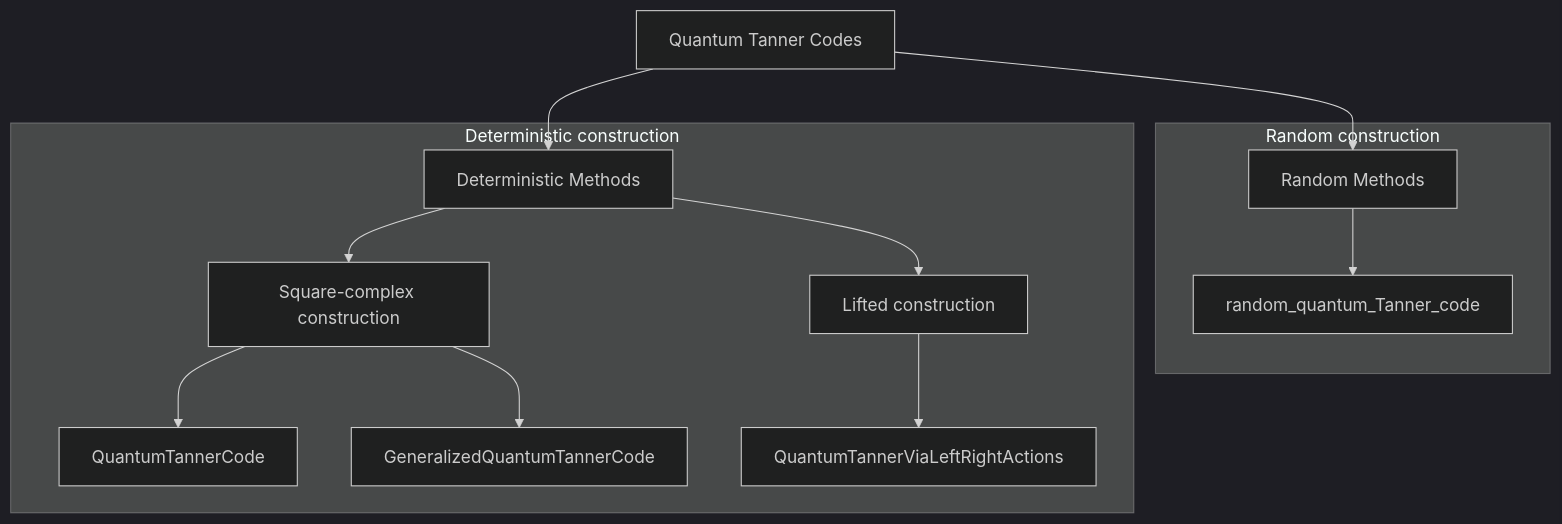
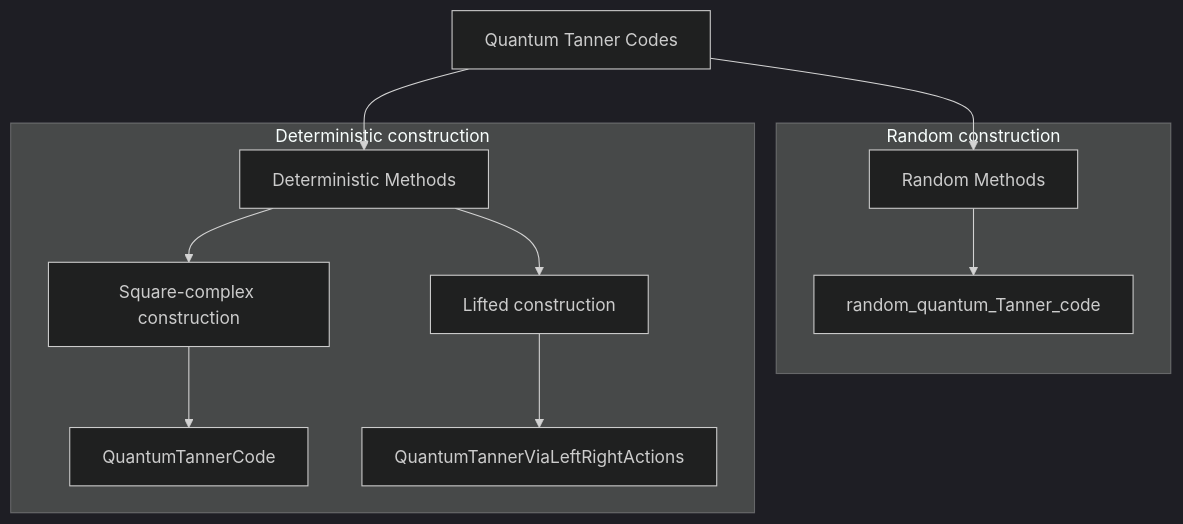
Before and after one commit to QuantumSavory/QuantumExpanders.jl: the diagram in README.md, drawn with Mermaid (dark theme). The commit also changed other lines of this file and 12 other files, not shown here.

````diff
--- a/README.md
+++ b/README.md
@@ -102,17 +56,16 @@
 ```mermaid
 graph TD
     QuantumTannerCodes["Quantum Tanner Codes"] --> RandomMethods["Random Methods"]
     QuantumTannerCodes --> DeterministicMethods["Deterministic Methods"]
 
     subgraph "Random construction"
         RandomMethods --> RandomQuantumTannerCode["`random_quantum_Tanner_code`"]
     end
 
     subgraph "Deterministic construction"
         DeterministicMethods --> SquareComplex["Square-complex construction"]
         DeterministicMethods --> Lifted["Lifted construction"]
         SquareComplex --> QuantumTannerCode["`QuantumTannerCode`"]
-        SquareComplex --> GeneralizedQuantumTannerCode["`GeneralizedQuantumTannerCode`"]
         Lifted --> QuantumTannerViaLeftRightActions["`QuantumTannerViaLeftRightActions`"]
     end
 ```
````
